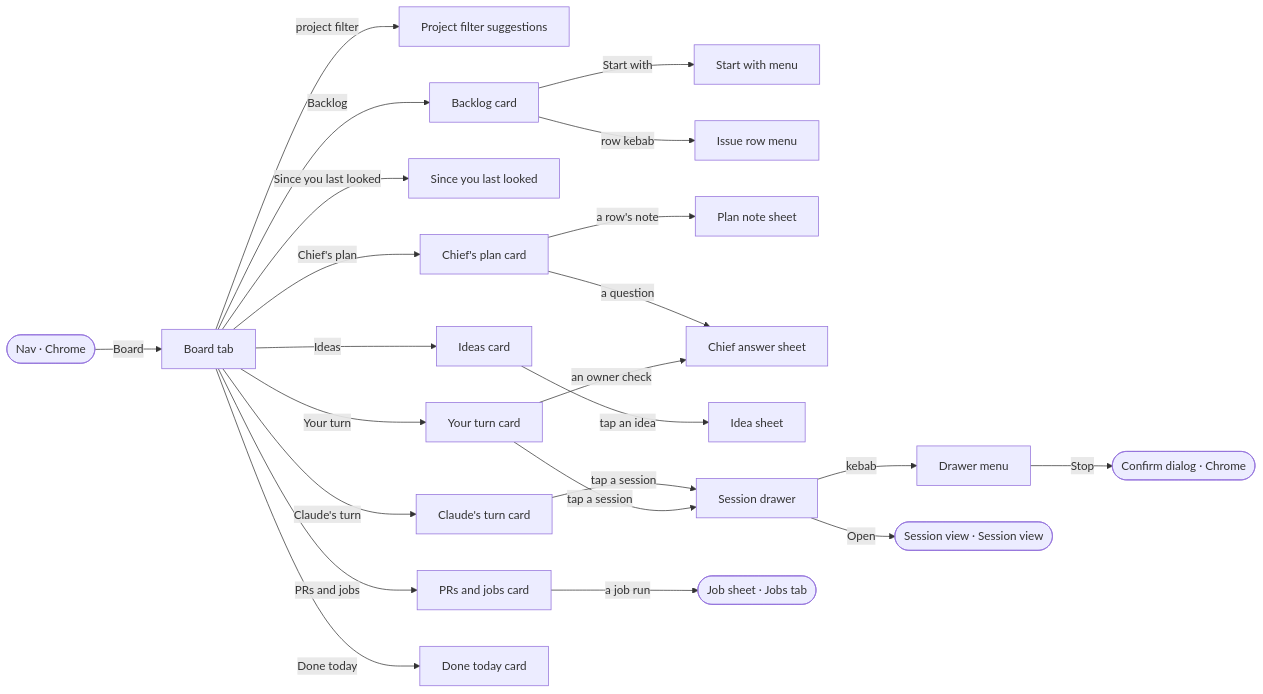
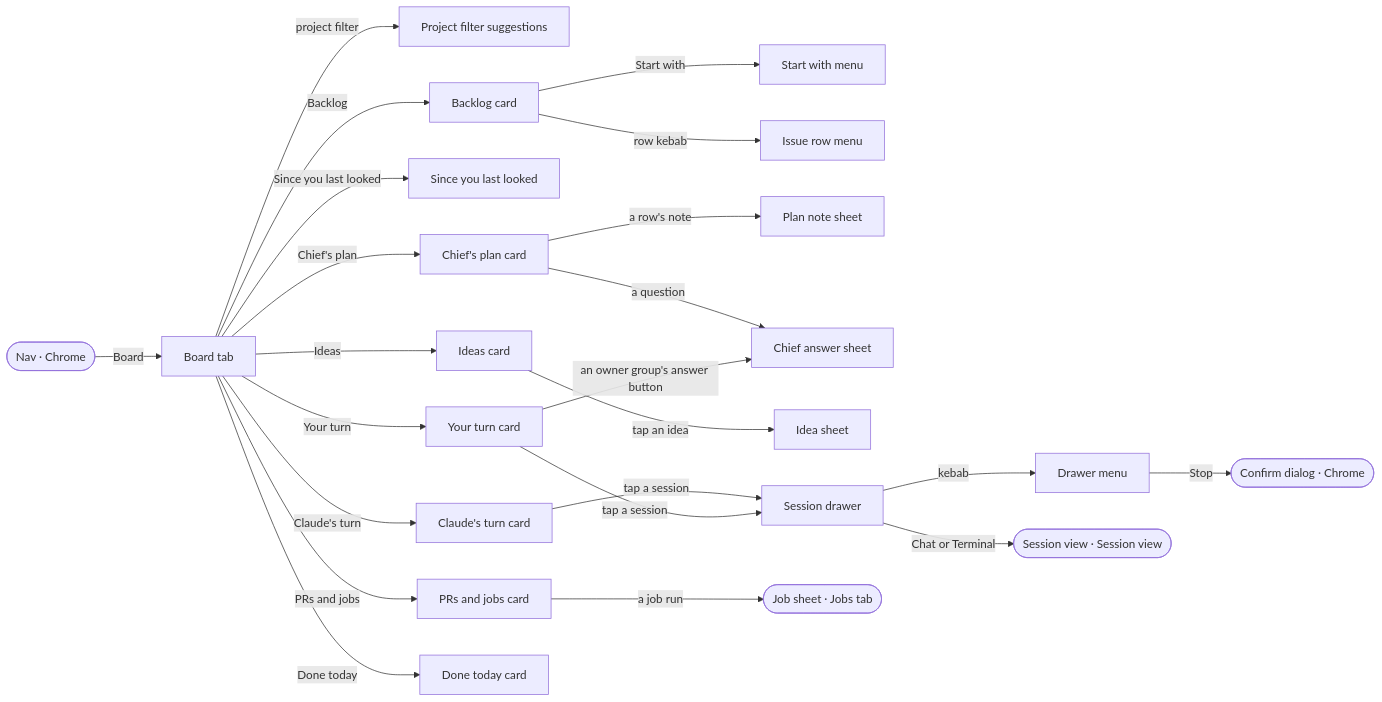
The fifth of 10 diagrams in docs/ux-surface-map.md (ferraroroberto/app-launcher), drawn with Mermaid before and after one commit. The commit also changed other lines of this file and 8 other files, not shown here.

````diff
--- a/docs/ux-surface-map.md
+++ b/docs/ux-surface-map.md
@@ -822,46 +848,46 @@
 ```mermaid
 flowchart LR
   s48["Board tab"]
   s49["Project filter suggestions"]
   s50["Backlog card"]
   s51["Start with menu"]
   s52["Issue row menu"]
   s53["Since you last looked"]
   s54["Chief's plan card"]
   s55["Plan note sheet"]
   s56["Chief answer sheet"]
   s57["Claude's turn card"]
   s58["Ideas card"]
   s59["Idea sheet"]
   s60["Your turn card"]
   s61["PRs and jobs card"]
   s62["Done today card"]
   s63["Session drawer"]
   s64["Drawer menu"]
   s0(["Nav · Chrome"])
   s73(["Job sheet · Jobs tab"])
   s26(["Session view · Session view"])
   s3(["Confirm dialog · Chrome"])
   s0 -->|"Board"| s48
   s48 -->|"Backlog"| s50
   s48 -->|"Since you last looked"| s53
   s48 -->|"Chief's plan"| s54
   s48 -->|"Claude's turn"| s57
   s48 -->|"Ideas"| s58
   s48 -->|"Your turn"| s60
   s48 -->|"PRs and jobs"| s61
   s48 -->|"Done today"| s62
   s48 -->|"project filter"| s49
   s50 -->|"Start with"| s51
   s50 -->|"row kebab"| s52
   s54 -->|"a row's note"| s55
   s54 -->|"a question"| s56
   s57 -->|"tap a session"| s63
   s58 -->|"tap an idea"| s59
   s60 -->|"tap a session"| s63
-  s60 -->|"an owner check"| s56
+  s60 -->|"an owner group's answer button"| s56
   s61 -->|"a job run"| s73
   s63 -->|"kebab"| s64
-  s63 -->|"Open"| s26
+  s63 -->|"Chat or Terminal"| s26
   s64 -->|"Stop"| s3
 ```
````
